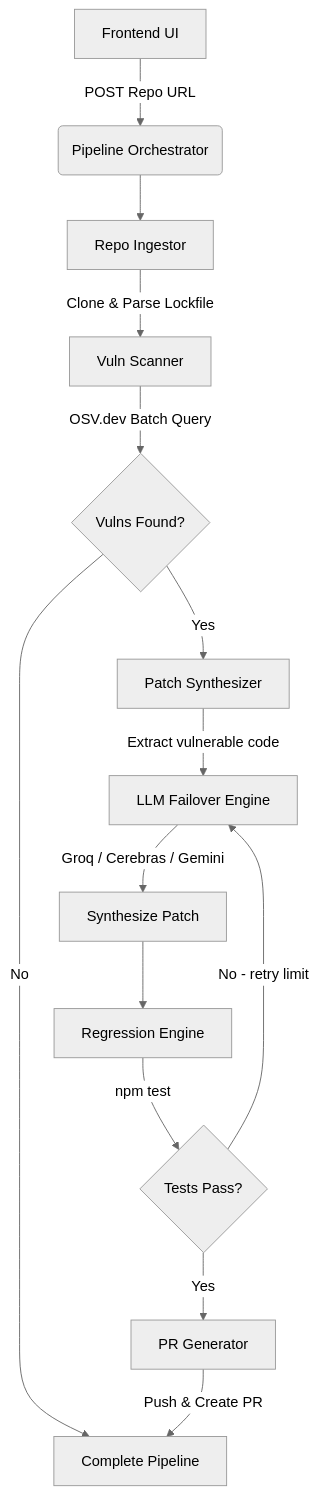
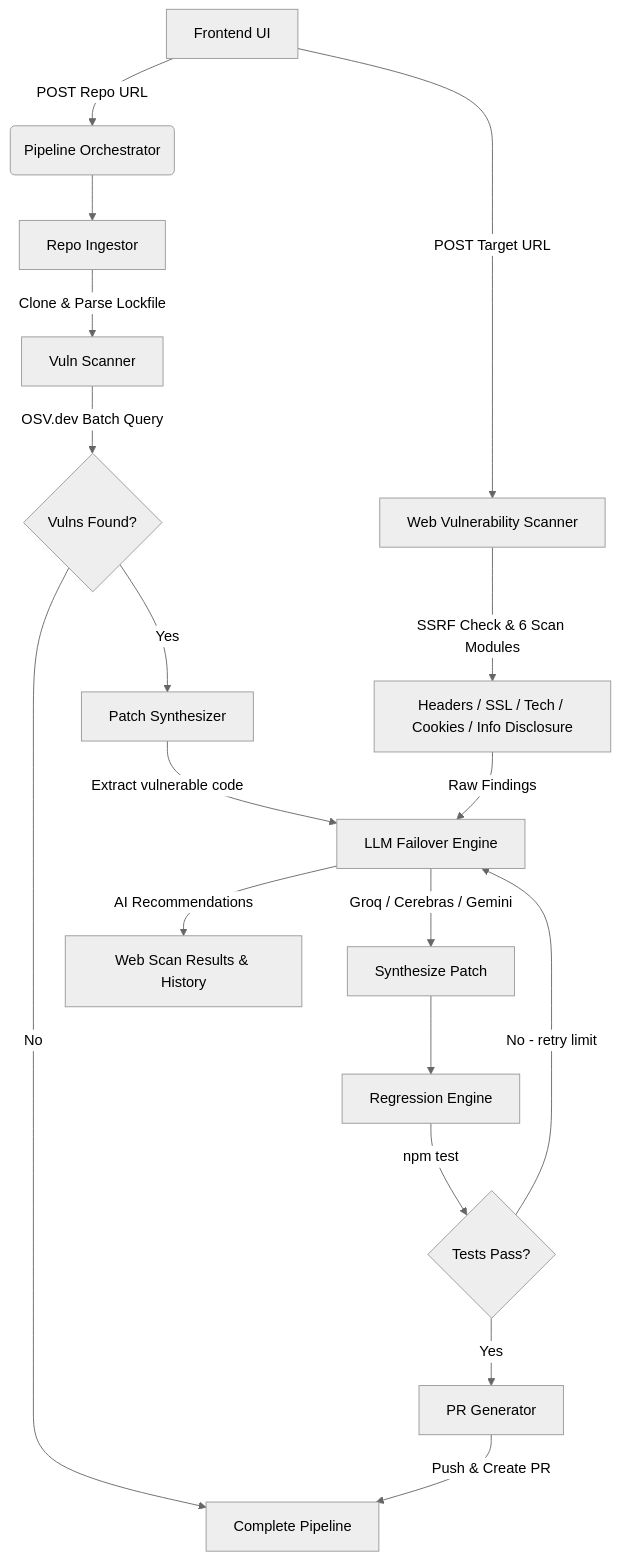
One commit to Jaimin2687/aegis-patch changed the diagram in README.md. Above: the diagram before and after it, drawn with Mermaid (neutral theme). The commit also changed other lines of this file and 4 other files, not shown here.

````diff
--- a/README.md
+++ b/README.md
@@ -105,16 +120,20 @@
 ```mermaid
 graph TD
     A[Frontend UI] -->|POST Repo URL| B(Pipeline Orchestrator)
+    A -->|POST Target URL| W[Web Vulnerability Scanner]
+    W -->|SSRF Check & 6 Scan Modules| W1[Headers / SSL / Tech / Cookies / Info Disclosure]
+    W1 -->|Raw Findings| H[LLM Failover Engine]
+    H -->|AI Recommendations| W2[Web Scan Results & History]
     B --> C[Repo Ingestor]
     C -->|Clone & Parse Lockfile| D[Vuln Scanner]
     D -->|OSV.dev Batch Query| E{Vulns Found?}
     E -->|No| F[Complete Pipeline]
     E -->|Yes| G[Patch Synthesizer]
-    G -->|Extract vulnerable code| H[LLM Failover Engine]
+    G -->|Extract vulnerable code| H
     H -->|Groq / Cerebras / Gemini| I[Synthesize Patch]
     I --> J[Regression Engine]
     J -->|npm test| K{Tests Pass?}
     K -->|No - retry limit| H
     K -->|Yes| L[PR Generator]
     L -->|Push & Create PR| F
 ```
````
